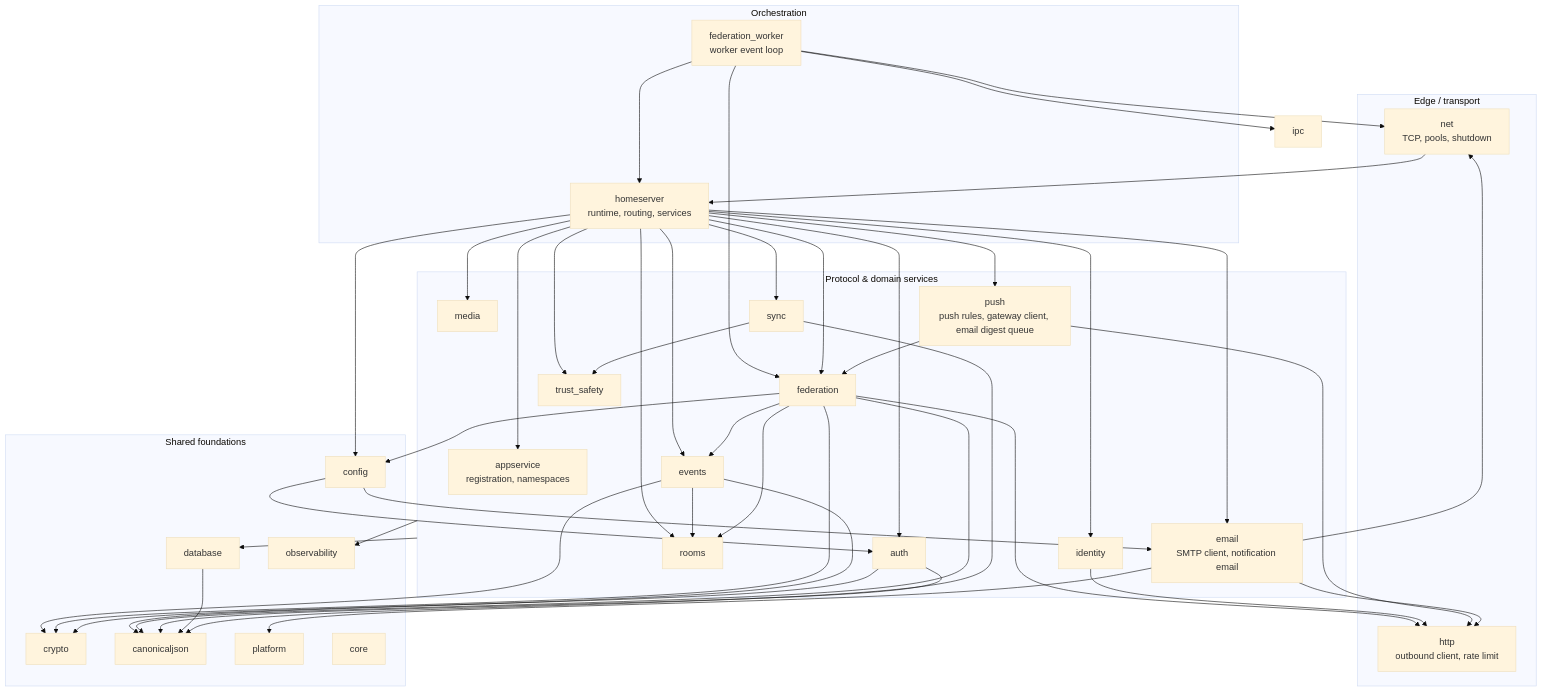
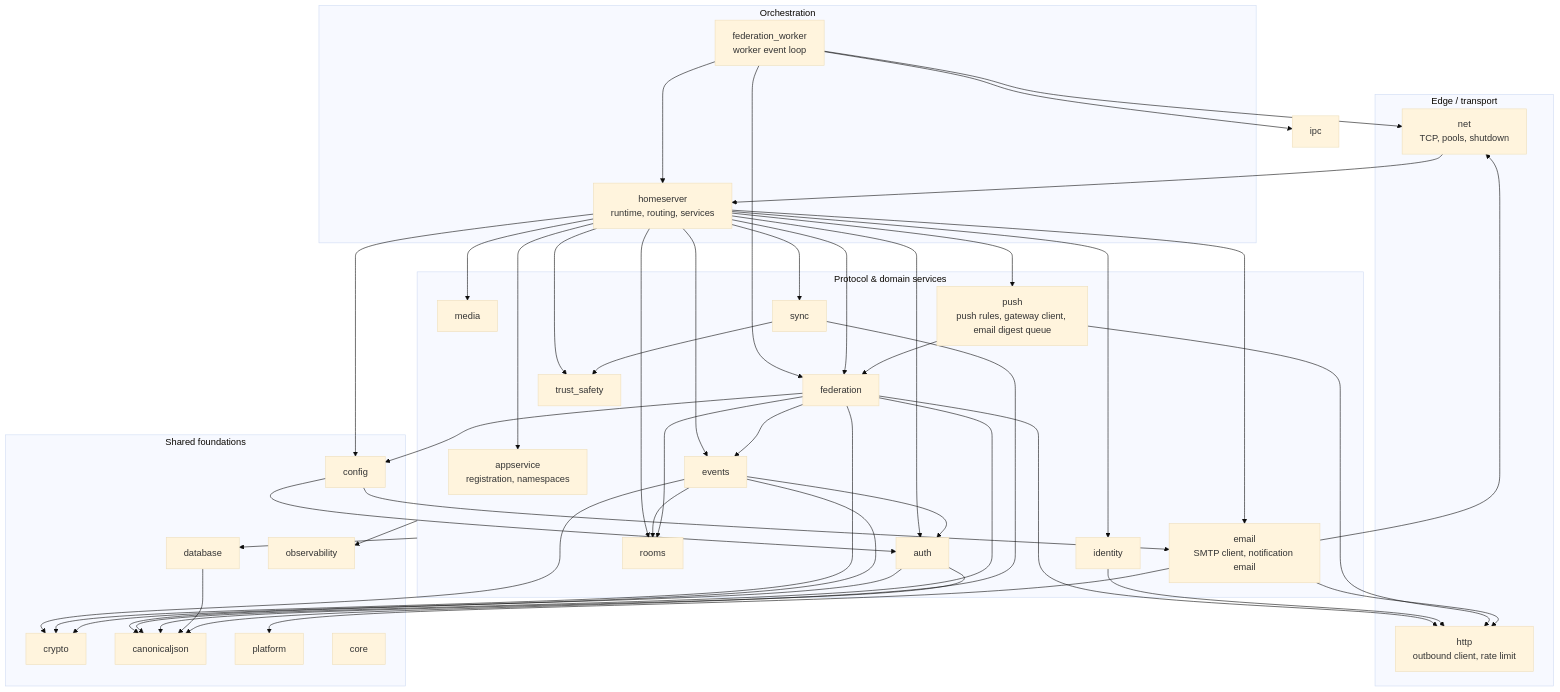
The second of 6 diagrams in docs/architecture.md (OMG-Software/Merovingian), drawn with Mermaid (base theme) before and after one commit. The commit also changed 49 other files, not shown here.

````diff
--- a/docs/architecture.md
+++ b/docs/architecture.md
@@ -108,52 +108,52 @@
 ```mermaid
 flowchart TB
     subgraph edge["Edge / transport"]
         net["net<br/>TCP, pools, shutdown"]
         http["http<br/>outbound client, rate limit"]
     end
     subgraph orchestration["Orchestration"]
         homeserver["homeserver<br/>runtime, routing, services"]
         fedworker_mod["federation_worker<br/>worker event loop"]
     end
     subgraph services["Protocol & domain services"]
         appservice["appservice<br/>registration, namespaces"]
         auth["auth"]
         rooms["rooms"]
         events["events"]
         federation["federation"]
         identity["identity"]
         media["media"]
         push["push<br/>push rules, gateway client, email digest queue"]
         email["email<br/>SMTP client, notification email"]
         sync["sync"]
         trust_safety["trust_safety"]
     end
     subgraph foundations["Shared foundations"]
         database["database"]
         crypto["crypto"]
         canonicaljson["canonicaljson"]
         observability["observability"]
         platform["platform"]
         config["config"]
         core["core"]
     end
 
     net --> homeserver
     fedworker_mod --> homeserver & federation & ipc & net
     homeserver --> auth & rooms & events & federation & media & push & email & sync & trust_safety & identity & appservice
     federation --> http
     identity --> http
     push --> http & federation
     email --> http & platform & net
     config --> email
     sync --> trust_safety
     services --> database
-    events --> crypto & canonicaljson & rooms
+    events --> crypto & canonicaljson & rooms & auth
     federation --> crypto & canonicaljson & events & rooms & config
     auth --> crypto & canonicaljson
     database --> canonicaljson
     sync --> canonicaljson
     services --> observability
     homeserver --> config
     config --> auth
 ```
````
